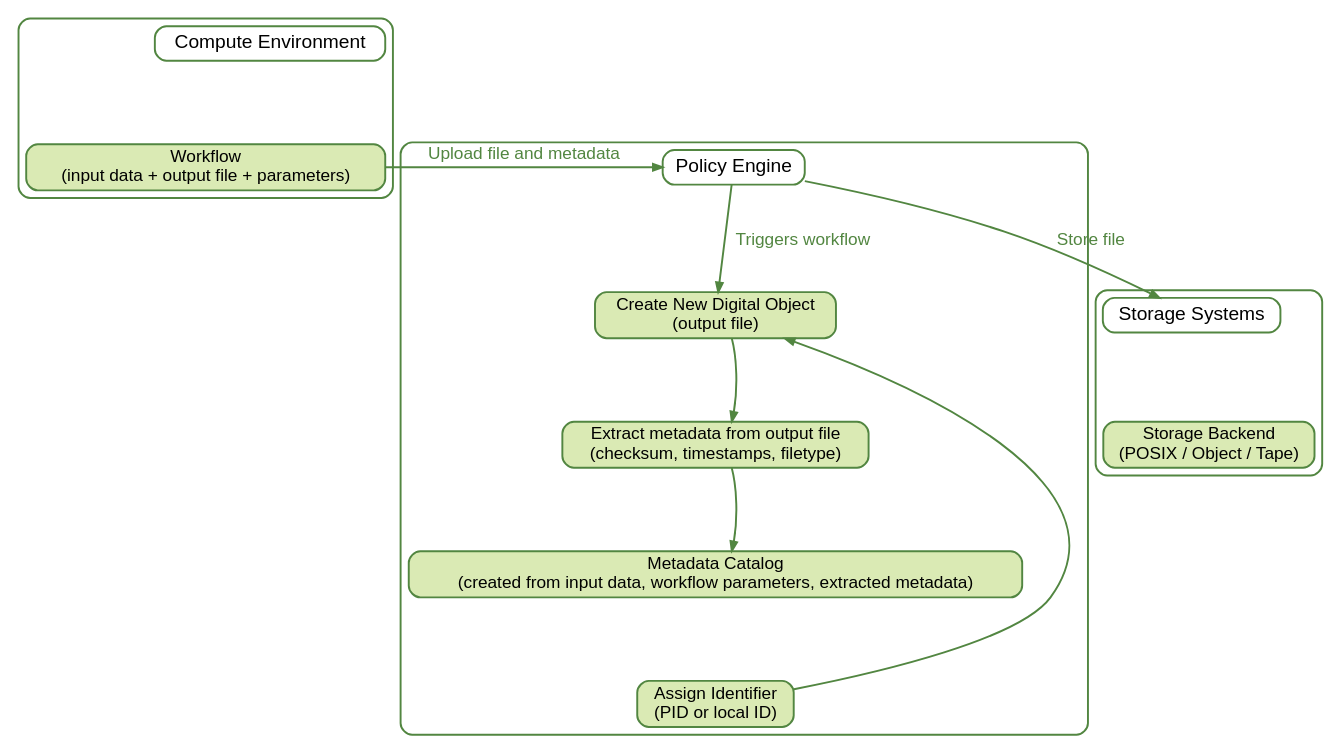
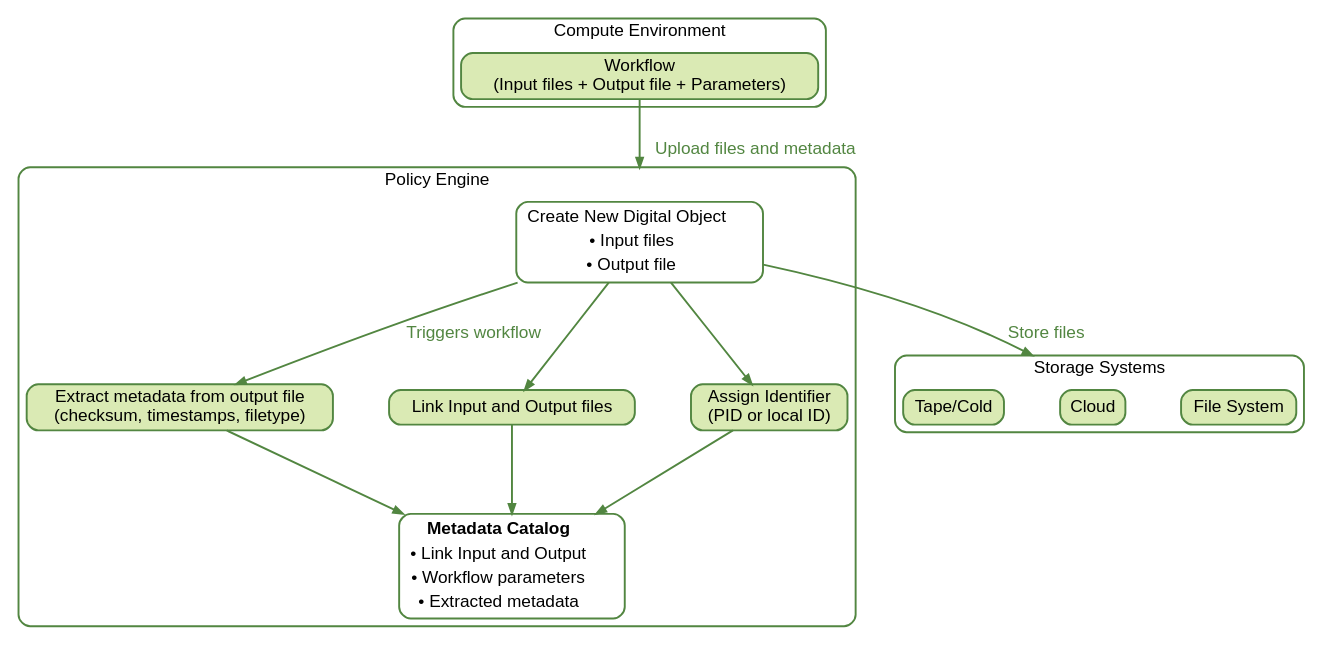
Before and after one commit to chStaiger/rdm-tech-foundations: the fifth of 6 diagrams in book/policy-engines.qmd, drawn with Graphviz. The commit also changed other lines of this file and 3 other files, not shown here.

````diff
--- a/book/policy-engines.qmd
+++ b/book/policy-engines.qmd
@@ -614,7 +483,8 @@
         fontname="Helvetica",
         fontsize=18,
         nodesep=0.8,
-        ranksep=1.2
+        ranksep=1.2,
+        compound=true
     ];
 
     node [
@@ -639,98 +509,75 @@
     // Compute Environment cluster
     // ----------------------------------------------------
     subgraph cluster_compute {
-        label="";
+        label="Compute Environment";
         color="#528641";
         penwidth=2;
         style="rounded";
 
-        ComputeHeader [
-            label="Compute Environment",
-            shape=box,
-            style="rounded",
-            color="#528641",
-            fillcolor="white",
-            penwidth=2,
-            fontsize=20
-        ];
-
-        WF [label="Workflow\n(input data + output file + parameters)"];
-
-        // Vertical stacking
-        ComputeHeader -> WF [style=invis, weight=50];
+        WF [label="Workflow\n(Input files + Output file + Parameters)"];
     }
 
     // ----------------------------------------------------
     // Policy Engine cluster
     // ----------------------------------------------------
     subgraph cluster_policy_engine {
-        label="";
+        label="Policy Engine";
         color="#528641";
         penwidth=2;
         style="rounded";
 
-        PEHeader [
-            label="Policy Engine",
-            shape=box,
-            style="rounded",
-            color="#528641",
+        NewObj [
+            label=<
+                <TABLE BORDER="0" CELLBORDER="0" CELLSPACING="1">
+                    <TR><TD>Create New Digital Object</TD></TR>
+                    <TR><TD ALIGN="CENTER">&#8226; Input files</TD></TR>
+                    <TR><TD ALIGN="CENTER">&#8226; Output file</TD></TR>
+                </TABLE>
+            >,
             fillcolor="white",
-            penwidth=2,
-            fontsize=20
         ];
+        Extract [label="Extract metadata from output file\n(checksum, timestamps, filetype)"];
+        Link    [label="Link Input and Output files"]
+        ID      [label="Assign Identifier\n(PID or local ID)"];
+        Catalog [
+            label=<
+                <TABLE BORDER="0" CELLBORDER="0" CELLSPACING="1">
+                    //<TR><TD><B>Metadata Catalog</B></TD></TR>
+                    <TR><TD ALIGN="CENTER">&#8226; Link Input and Output</TD></TR>
+                    <TR><TD ALIGN="CENTER">&#8226; Workflow parameters</TD></TR>
+                    <TR><TD ALIGN="CENTER">&#8226; Extracted metadata</TD></TR>
+                </TABLE>
+            >,
+            fillcolor="white",
+        ]
 
-        NewObj  [label="Create New Digital Object\n(output file)"];
-        Extract [label="Extract metadata from output file\n(checksum, timestamps, filetype)"];
-        Catalog [label="Metadata Catalog\n(created from input data, workflow parameters, extracted metadata)"];
-        ID      [label="Assign Identifier\n(PID or local ID)"];
-
-        // Vertical stacking
-        PEHeader -> NewObj  [style=invis, weight=50];
-        NewObj   -> Extract [style=invis, weight=50];
-        Extract  -> Catalog [style=invis, weight=50];
-        Catalog  -> ID      [style=invis, weight=50];
     }
 
     // ----------------------------------------------------
     // Storage Systems cluster
     // ----------------------------------------------------
     subgraph cluster_storage {
-        label="";
+        label="Storage Systems";
         color="#528641";
         penwidth=2;
         style="rounded";
 
-        StorageHeader [
-            label="Storage Systems",
-            shape=box,
-            style="rounded",
-            color="#528641",
-            fillcolor="white",
-            penwidth=2,
-            fontsize=20
-        ];
-
-        Store [label="Storage Backend\n(POSIX / Object / Tape)"];
-
-        // Vertical stacking
-        StorageHeader -> Store [style=invis, weight=50];
+        Store1 [label="File System"];
+        Store2 [label="Cloud"];
+        Store3 [label="Tape/Cold"];
     }
 
-    // ----------------------------------------------------
-    // Align clusters horizontally (TB mode)
-    // ----------------------------------------------------
-    ComputeHeader -> PEHeader     [style=invis, weight=200];
-    PEHeader      -> StorageHeader [style=invis, weight=200];
 
     // ----------------------------------------------------
     // Visible edges (actual workflow)
     // ----------------------------------------------------
-    WF      -> PEHeader [label="Upload file and metadata"];
-    PEHeader -> StorageHeader [label="Store file"];
-
-    PEHeader -> NewObj [label="Triggers workflow"];
-    NewObj  -> Extract;
-    ID      -> NewObj;
+    WF      -> NewObj [label="Upload files and metadata", lhead="cluster_policy_engine"]; 
+    NewObj  -> Extract [label="Triggers workflow"];
+    NewObj  -> Store2 [label="Store files", lhead="cluster_storage"]
+    NewObj  -> Link;
+    NewObj  -> ID;
+    Link   -> Catalog;
+    ID -> Catalog;
     Extract -> Catalog;
 }    
 ```
````
